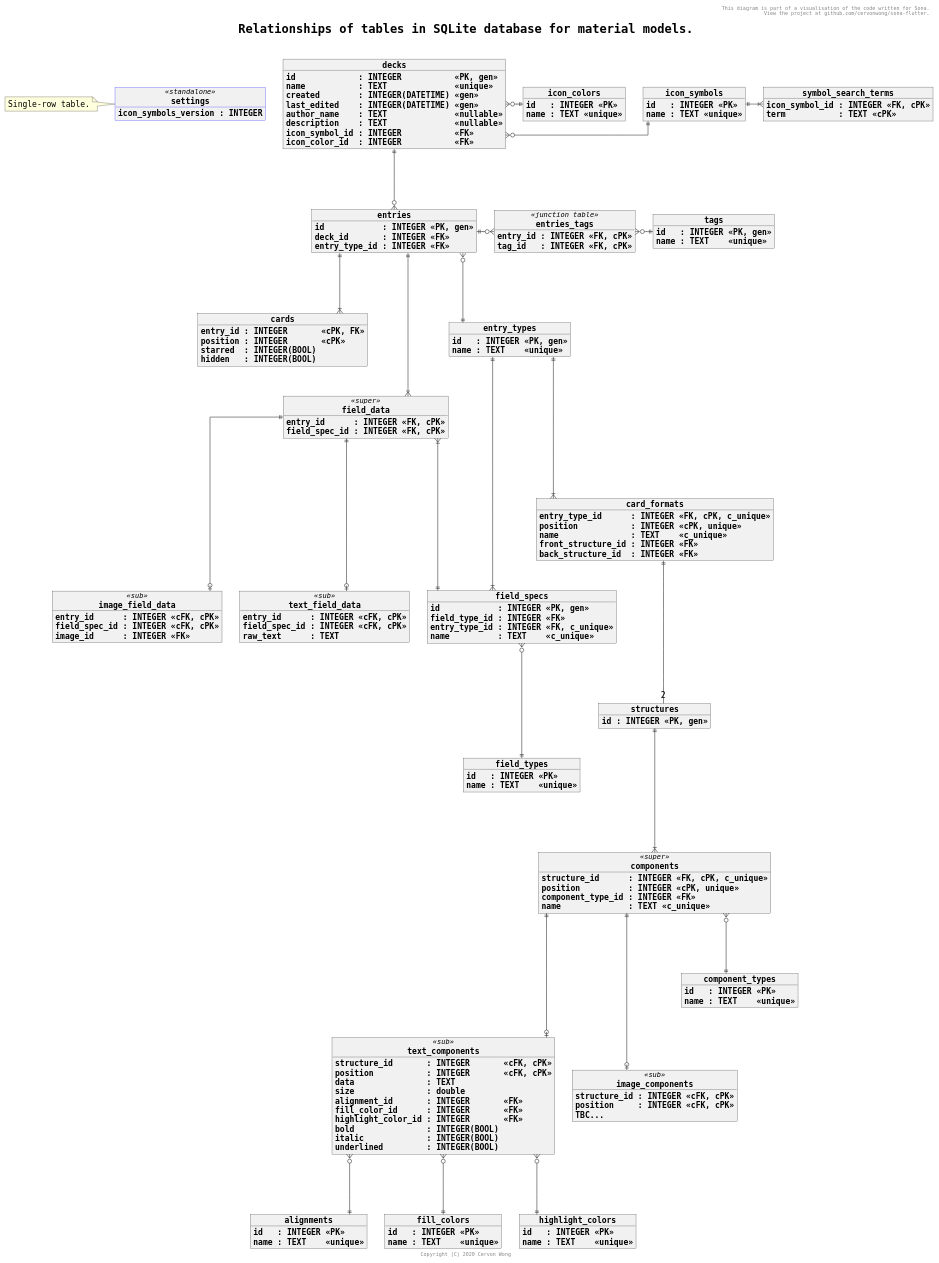
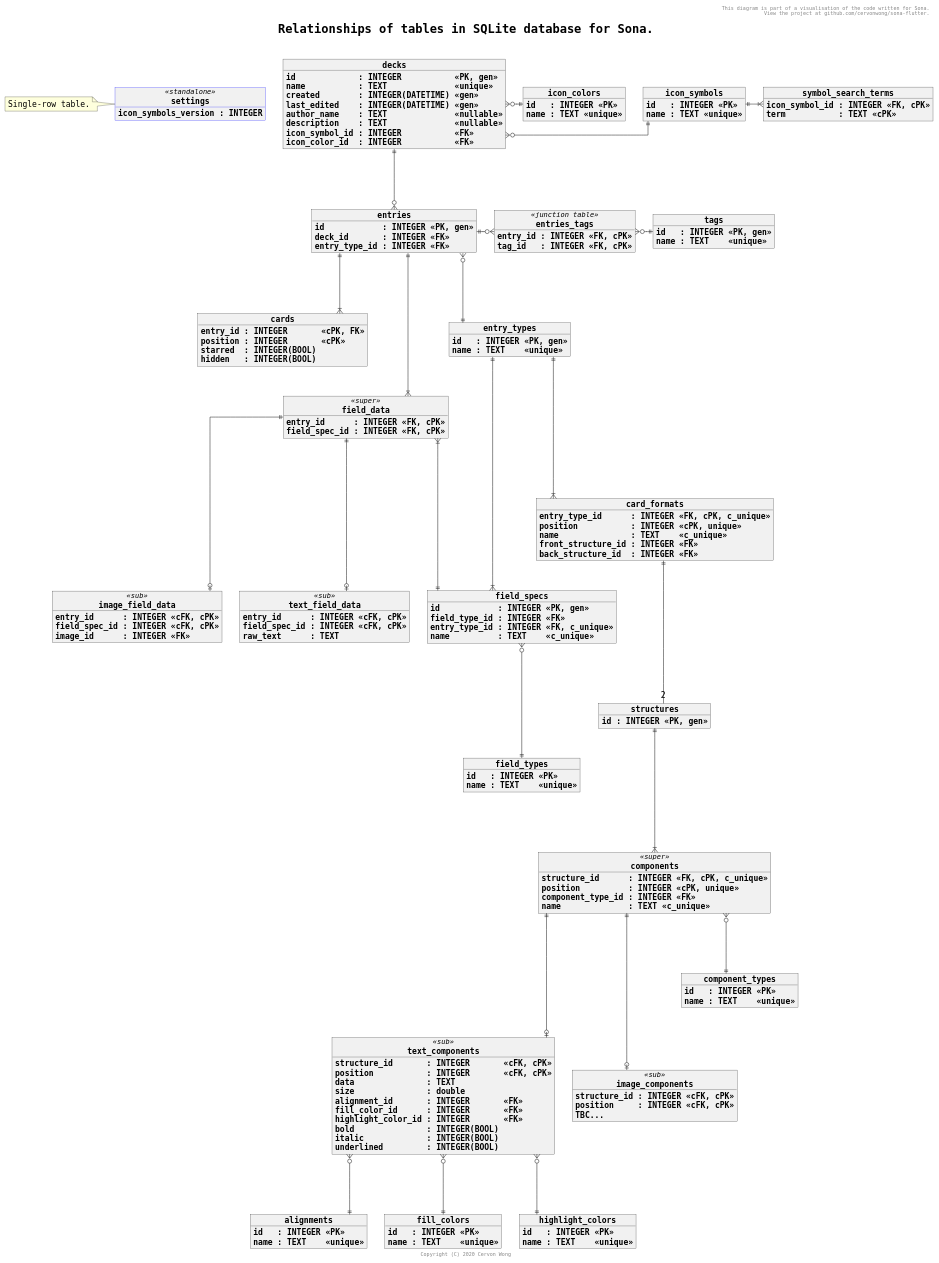
One commit to cervonwong/sona-flutter changed the diagram in puml/material_database.puml. Above: the diagram before and after it, drawn with PlantUML. The commit also changed 1 other file, not shown here.

Commit message:
Docs(puml): Update title for material_database.puml

```diff
--- a/puml/material_database.puml
+++ b/puml/material_database.puml
@@ -1,192 +1,192 @@
 @startuml
 
 skinparam wrapWidth 1000
 skinparam defaultFontName Monospaced
 skinparam defaultFontSize 16
 skinparam objectStereotypeFontSize 14
 skinparam titleFontSize 24
 skinparam titleFontStyle bold
 skinparam objectFontStyle bold
 skinparam objectBorderColor<<standalone>> blue
 skinparam linetype ortho
 skinparam shadowing false
 
 header This diagram is part of a visualisation of the code written for Sona.\n View the project at github.com/cervonwong/sona-flutter.
-title Relationships of tables in SQLite database for material models.\n
+title Relationships of tables in SQLite database for Sona.\n
 footer Copyright (C) 2020 Cervon Wong
 
 object settings <<standalone>> {
     icon_symbols_version : INTEGER
 }
 
 note left of settings
     Single-row table.
 endnote
 
 object decks {
 	id             : INTEGER           <<PK, gen>>
 	name           : TEXT              <<unique>>
 	created        : INTEGER(DATETIME) <<gen>>
 	last_edited    : INTEGER(DATETIME) <<gen>>
 	author_name    : TEXT              <<nullable>>
 	description    : TEXT              <<nullable>>
 	icon_symbol_id : INTEGER           <<FK>>
 	icon_color_id  : INTEGER           <<FK>>
 }
 
 object icon_symbols {
 	id   : INTEGER <<PK>>
 	name : TEXT <<unique>>
 }
 
 object icon_colors {
 	id   : INTEGER <<PK>>
 	name : TEXT <<unique>>
 }
 
 object symbol_search_terms {
 	icon_symbol_id : INTEGER <<FK, cPK>>
 	term           : TEXT <<cPK>>
 }
 
 object entries {
 	id            : INTEGER <<PK, gen>>
 	deck_id       : INTEGER <<FK>>
 	entry_type_id : INTEGER <<FK>>
 }
 
 object cards {
 	entry_id : INTEGER       <<cPK, FK>>
 	position : INTEGER       <<cPK>>
 	starred  : INTEGER(BOOL)
 	hidden   : INTEGER(BOOL)
 }
 
 object tags {
 	id   : INTEGER <<PK, gen>>
 	name : TEXT    <<unique>>
 }
 
 object entries_tags <<junction table>> {
 	entry_id : INTEGER <<FK, cPK>>
 	tag_id   : INTEGER <<FK, cPK>>
 }
 
 object field_specs {
 	id            : INTEGER <<PK, gen>>
 	field_type_id : INTEGER <<FK>>
 	entry_type_id : INTEGER <<FK, c_unique>>
 	name          : TEXT    <<c_unique>>
 }
 
 object field_types {
 	id   : INTEGER <<PK>>
 	name : TEXT    <<unique>>
 }
 
 object field_data <<super>> {
 	entry_id      : INTEGER <<FK, cPK>>
     field_spec_id : INTEGER <<FK, cPK>>
     ' Get field_type_id from field_specs table.
 }
 
 object text_field_data <<sub>> {
 	entry_id      : INTEGER <<cFK, cPK>>
     field_spec_id : INTEGER <<cFK, cPK>>
 	raw_text      : TEXT
 }
 
 object image_field_data <<sub>> {
 	entry_id      : INTEGER <<cFK, cPK>>
     field_spec_id : INTEGER <<cFK, cPK>>
 	image_id      : INTEGER <<FK>>
 }
 
 object entry_types {
 	id   : INTEGER <<PK, gen>>
 	name : TEXT    <<unique>>
 }
 
 object card_formats {
 	entry_type_id      : INTEGER <<FK, cPK, c_unique>>
 	position           : INTEGER <<cPK, unique>>
 	name               : TEXT    <<c_unique>>
 	front_structure_id : INTEGER <<FK>>
 	back_structure_id  : INTEGER <<FK>>
 }
 
 object structures {
 	id : INTEGER <<PK, gen>>
 }
 
 object components <<super>> {
 	structure_id      : INTEGER <<FK, cPK, c_unique>>
 	position          : INTEGER <<cPK, unique>>
 	component_type_id : INTEGER <<FK>>
 	name              : TEXT <<c_unique>>
 }
 
 object text_components <<sub>> {
 	structure_id       : INTEGER       <<cFK, cPK>>
 	position           : INTEGER       <<cFK, cPK>>
 	data               : TEXT
 	size               : double
 	alignment_id       : INTEGER       <<FK>>
 	fill_color_id      : INTEGER       <<FK>>
 	highlight_color_id : INTEGER       <<FK>>
 	bold               : INTEGER(BOOL)
 	italic             : INTEGER(BOOL)
 	underlined         : INTEGER(BOOL)
 }
 
 object alignments {
 	id   : INTEGER <<PK>>
 	name : TEXT    <<unique>>
 }
 
 object fill_colors {
 	id   : INTEGER <<PK>>
 	name : TEXT    <<unique>>
 }
 
 object highlight_colors {
 	id   : INTEGER <<PK>>
 	name : TEXT    <<unique>>
 }
 
 object image_components <<sub>> {
 	structure_id : INTEGER <<cFK, cPK>>
     position     : INTEGER <<cFK, cPK>>
     TBC...
 }
 
 object component_types {
 	id   : INTEGER <<PK>>
 	name : TEXT    <<unique>>
 }
 
 decks             }o-||      icon_symbols
 decks             }o-||      icon_colors
 icon_symbols      ||-|{      symbol_search_terms
 decks             ||---o{    entries
 entries           ||---|{    cards
 entries           ||-o{      entries_tags
 entries_tags      }o-||      tags
 field_specs       }o----||   field_types
 field_data        ||----o|   text_field_data
 field_data        ||----o|   image_field_data
 field_data        }|----||   field_specs
 entries           ||----|{   field_data
 entries           }o---||    entry_types
 entry_types       ||----|{   field_specs
 entry_types       ||----|{   card_formats
 card_formats      ||---- "2" structures
 structures        ||----|{   components
 components        }o---||    component_types
 components        ||----o|   text_components
 components        ||----o|   image_components
 text_components   }o---||    alignments
 text_components   }o---||    fill_colors
 text_components   }o---||    highlight_colors
 
 @enduml
```
